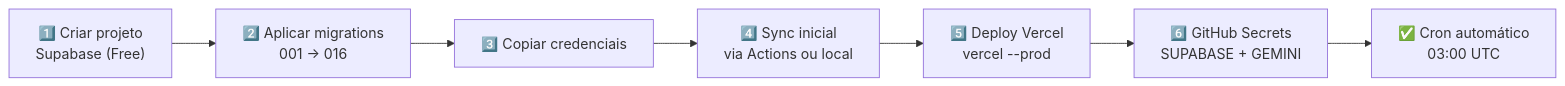
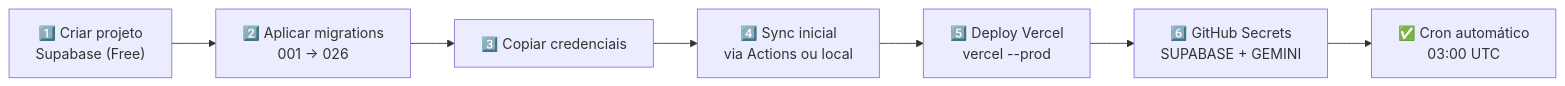
Before and after one commit to Codar-Sistemas/hospitais-referencia-api: the fourth of 4 diagrams in README.md, drawn with Mermaid. The commit also changed other lines of this file, not shown here.

````diff
--- a/README.md
+++ b/README.md
@@ -584,9 +602,9 @@
 ```mermaid
 graph LR
-    A["1️⃣ Criar projeto<br/>Supabase (Free)"] --> B["2️⃣ Aplicar migrations<br/>001 → 016"]
+    A["1️⃣ Criar projeto<br/>Supabase (Free)"] --> B["2️⃣ Aplicar migrations<br/>001 → 026"]
     B --> C["3️⃣ Copiar credenciais"]
     C --> D["4️⃣ Sync inicial<br/>via Actions ou local"]
     D --> E["5️⃣ Deploy Vercel<br/>vercel --prod"]
     E --> F["6️⃣ GitHub Secrets<br/>SUPABASE + GEMINI"]
     F --> G["✅ Cron automático<br/>03:00 UTC"]
 ```
````
